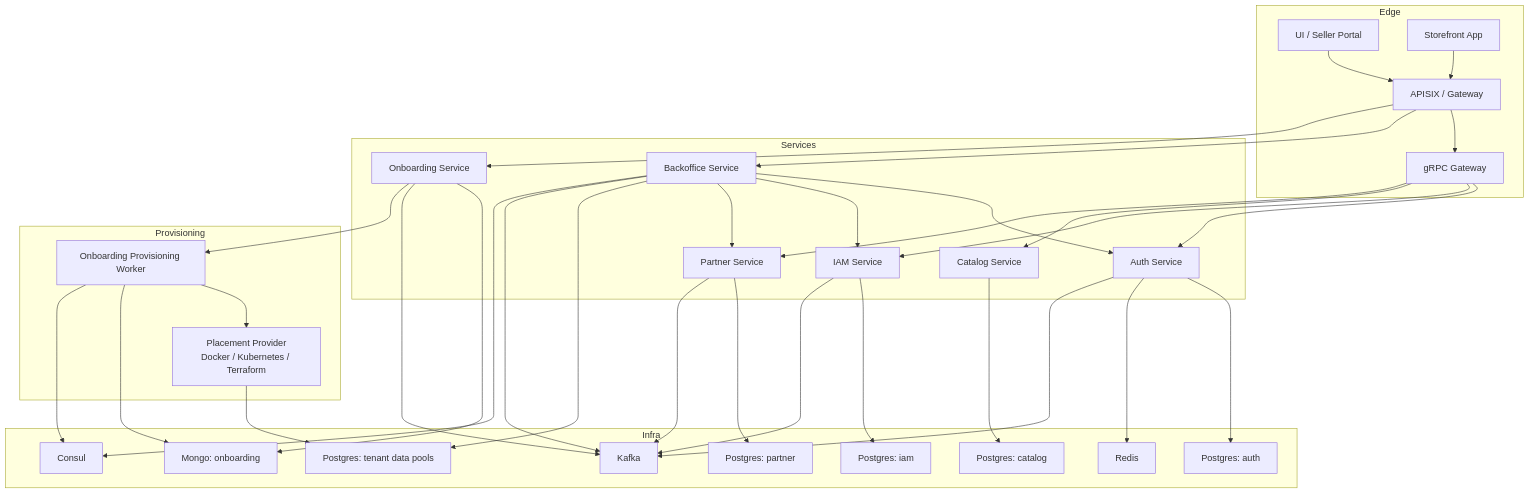
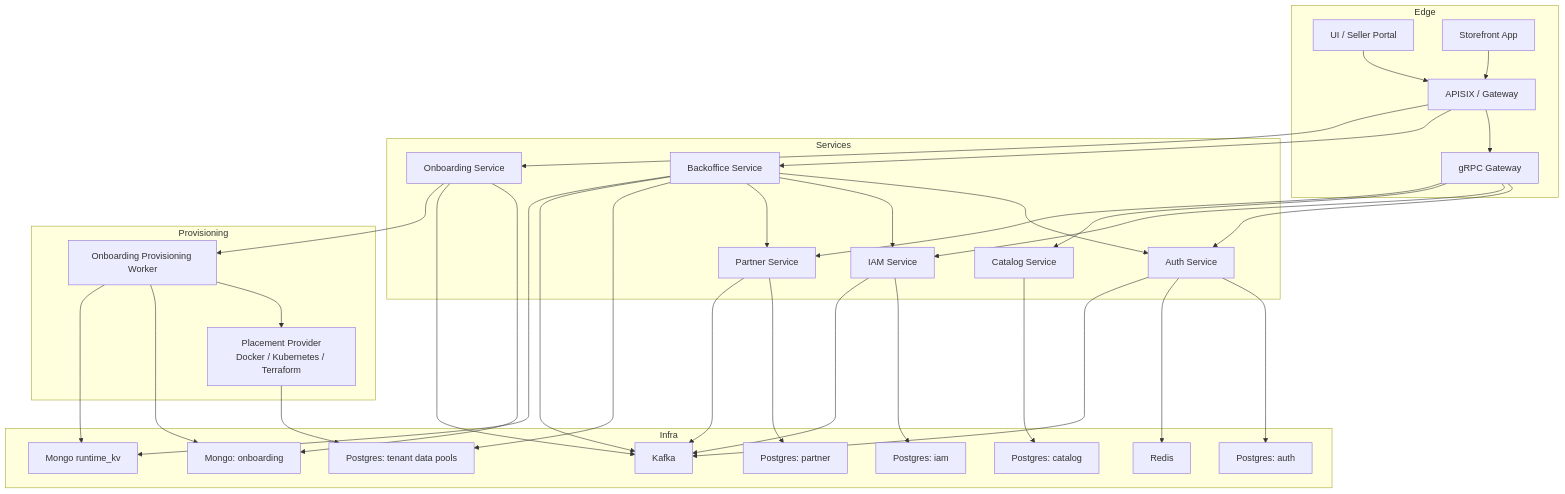
Before and after one commit to tuannm99/podzone: the diagram in docs/architecture/containers.md, drawn with Mermaid. The commit also changed other lines of this file and 72 other files, not shown here.

````diff
--- a/docs/architecture/containers.md
+++ b/docs/architecture/containers.md
@@ -3,72 +3,72 @@
 ```mermaid
 flowchart TB
     subgraph Edge
         UI["UI / Seller Portal"]
         STOREFRONT["Storefront App"]
         APISIX["APISIX / Gateway"]
         GRPCGW["gRPC Gateway"]
     end
 
     subgraph Services
         AUTH["Auth Service"]
         IAM["IAM Service"]
         BACKOFFICE["Backoffice Service"]
         CATALOG["Catalog Service"]
         PARTNER["Partner Service"]
         ONBOARDING["Onboarding Service"]
     end
 
     subgraph Provisioning
         PROVWORKER["Onboarding Provisioning Worker"]
         PROVIDER["Placement Provider\nDocker / Kubernetes / Terraform"]
     end
 
     subgraph Infra
         AUTHDB["Postgres: auth"]
         IAMDB["Postgres: iam"]
         BACKOFFICEDB["Postgres: tenant data pools"]
         CATALOGDB["Postgres: catalog"]
         PARTNERDB["Postgres: partner"]
         ONBOARDINGDB["Mongo: onboarding"]
         REDIS["Redis"]
         KAFKA["Kafka"]
-        CONSUL["Consul"]
+        RUNTIME_KV["Mongo runtime_kv"]
     end
 
     UI --> APISIX
     STOREFRONT --> APISIX
     APISIX --> GRPCGW
     APISIX --> BACKOFFICE
     APISIX --> ONBOARDING
 
     GRPCGW --> AUTH
     GRPCGW --> IAM
     GRPCGW --> CATALOG
     GRPCGW --> PARTNER
 
     BACKOFFICE --> AUTH
     BACKOFFICE --> IAM
     BACKOFFICE --> PARTNER
 
     AUTH --> AUTHDB
     AUTH --> REDIS
     AUTH --> KAFKA
 
     IAM --> IAMDB
     IAM --> KAFKA
 
     BACKOFFICE --> BACKOFFICEDB
     BACKOFFICE --> KAFKA
 
     CATALOG --> CATALOGDB
     PARTNER --> PARTNERDB
     PARTNER --> KAFKA
     ONBOARDING --> ONBOARDINGDB
     ONBOARDING --> KAFKA
     ONBOARDING --> PROVWORKER
     PROVWORKER --> PROVIDER
     PROVIDER --> BACKOFFICEDB
     PROVWORKER --> ONBOARDINGDB
-    PROVWORKER --> CONSUL
-    BACKOFFICE --> CONSUL
+    PROVWORKER --> RUNTIME_KV
+    BACKOFFICE --> RUNTIME_KV
 ```
````
